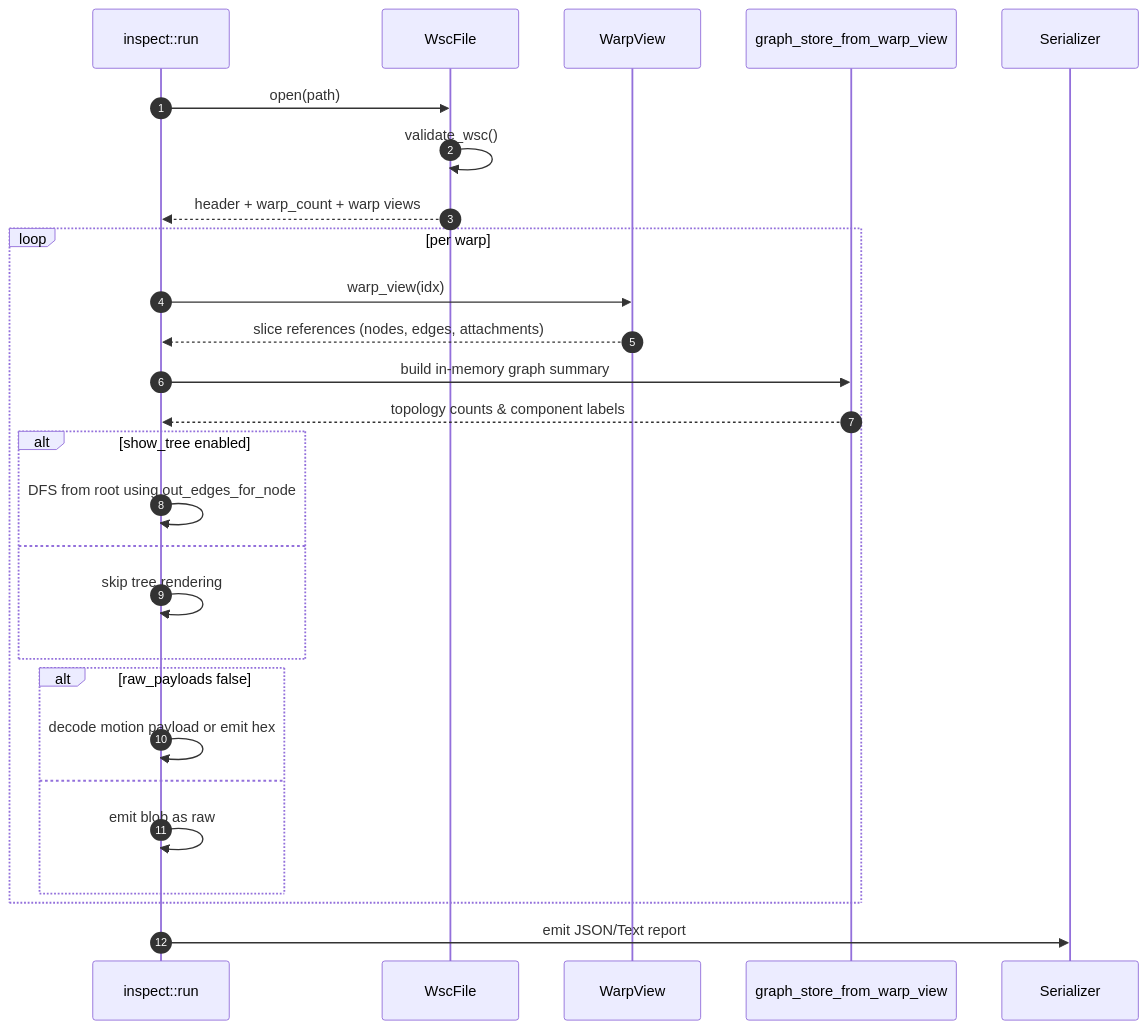
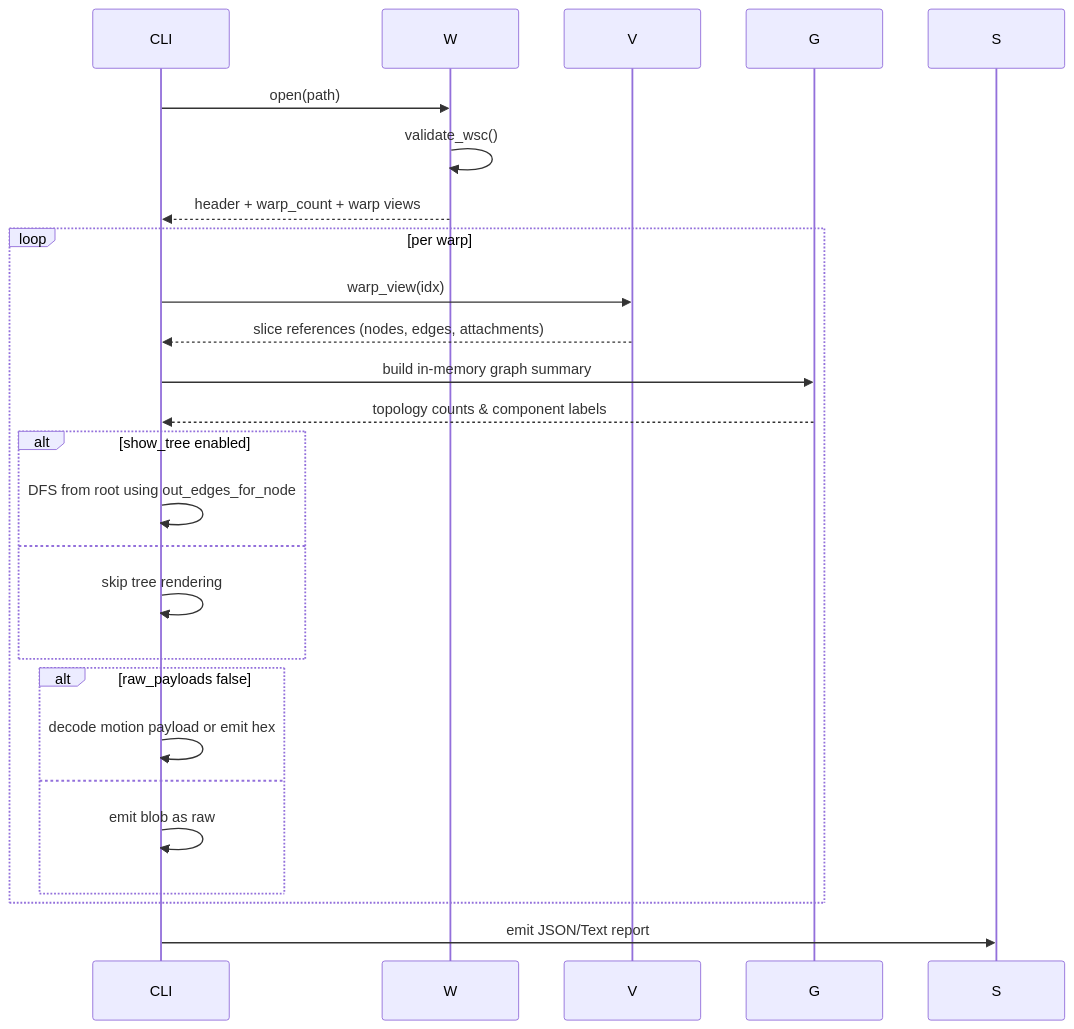
The sixth of 34 diagrams in docs/technical-teardown.md (flyingrobots/echo), drawn with Mermaid before and after one commit. The commit also changed other lines of this file, not shown here.

Commit message:
docs: harden technical teardown mermaid diagrams

````diff
--- a/docs/technical-teardown.md
+++ b/docs/technical-teardown.md
@@ -251,30 +251,29 @@
 ```mermaid
 sequenceDiagram
-  autonumber
-  participant CLI as inspect::run
-  participant W as WscFile
-  participant V as WarpView
-  participant G as graph_store_from_warp_view
-  participant S as Serializer
+  participant CLI
+  participant W
+  participant V
+  participant G
+  participant S
 
   CLI->>W: open(path)
   W->>W: validate_wsc()
   W-->>CLI: header + warp_count + warp views
   loop per warp
     CLI->>V: warp_view(idx)
     V-->>CLI: slice references (nodes, edges, attachments)
     CLI->>G: build in-memory graph summary
     G-->>CLI: topology counts & component labels
     alt show_tree enabled
       CLI->>CLI: DFS from root using out_edges_for_node
     else
       CLI->>CLI: skip tree rendering
     end
     alt raw_payloads false
       CLI->>CLI: decode motion payload or emit hex
     else
       CLI->>CLI: emit blob as raw
     end
   end
   CLI->>S: emit JSON/Text report
 ```
````
